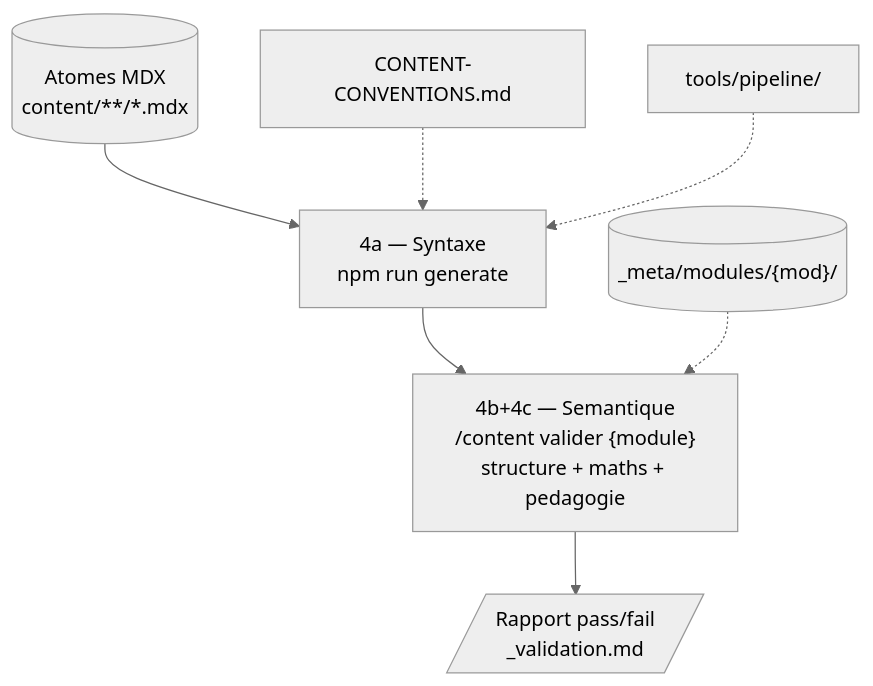
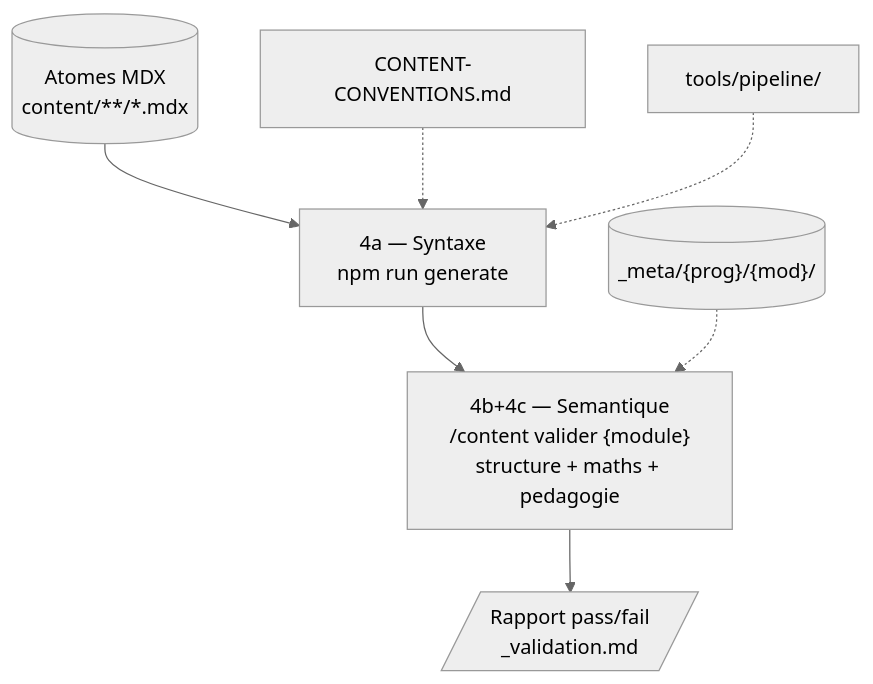
The seventh of 8 diagrams in docs/content-agentic-workflow.md (bilalYezzaGit/learning-web), drawn with Mermaid (neutral theme) before and after one commit. The commit also changed other lines of this file and 36 other files, not shown here.

````diff
--- a/docs/content-agentic-workflow.md
+++ b/docs/content-agentic-workflow.md
@@ -308,9 +309,9 @@
 ```mermaid
 flowchart TD
     Atomes[("Atomes MDX\ncontent/**/*.mdx")] --> V4a["4a — Syntaxe\nnpm run generate"]
     CONV["CONTENT-CONVENTIONS.md"] -.-> V4a
     PIPE["tools/pipeline/"] -.-> V4a
     V4a --> V4bc["4b+4c — Semantique\n/content valider {module}\nstructure + maths + pedagogie"]
-    KB[("_meta/modules/{mod}/")] -.-> V4bc
+    KB[("_meta/{prog}/{mod}/")] -.-> V4bc
     V4bc --> Rapport[/"Rapport pass/fail\n_validation.md"/]
 ```
````
